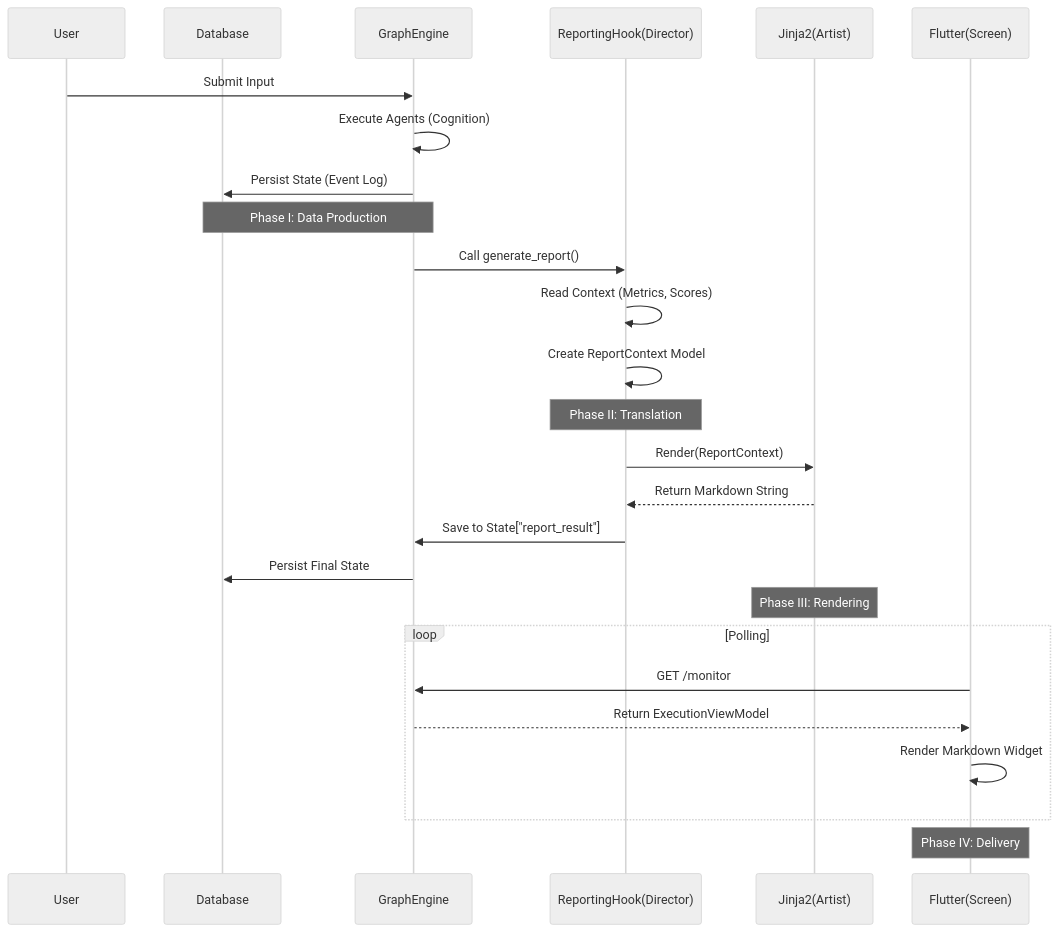
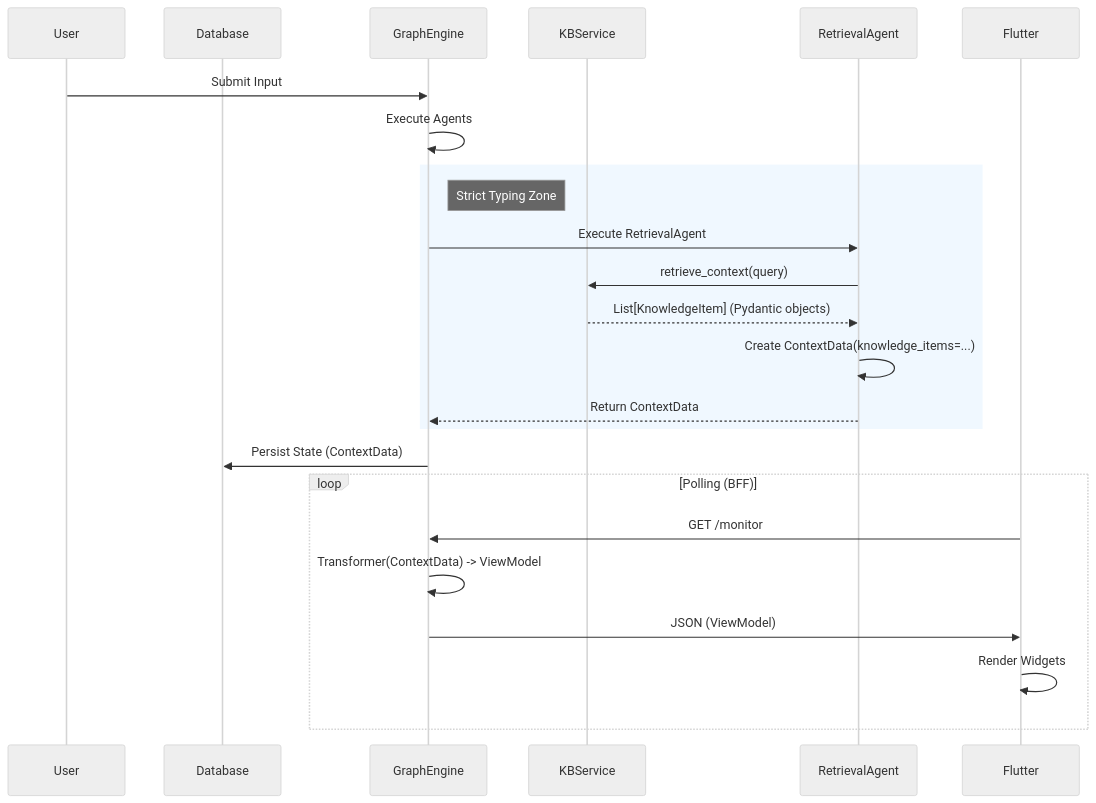
One commit to launis/quorum changed the diagram in docs/output_generation_pipeline.md. Above: the diagram before and after it, drawn with Mermaid (neutral theme). The commit also changed other lines of this file and 446 other files, not shown here.

````diff
--- a/docs/output_generation_pipeline.md
+++ b/docs/output_generation_pipeline.md
@@ -103,36 +134,30 @@
 ```mermaid
 sequenceDiagram
     participant U as User
     participant DB as Database
     participant E as GraphEngine
-    participant H as ReportingHook(Director)
-    participant T as Jinja2(Artist)
-    participant UI as Flutter(Screen)
+    participant S as KBService
+    participant A as RetrievalAgent
+    participant UI as Flutter
 
     U->>E: Submit Input
-    E->>E: Execute Agents (Cognition)
-    E->>DB: Persist State (Event Log)
+    E->>E: Execute Agents
     
-    note over E, DB: Phase I: Data Production
+    rect rgb(240, 248, 255)
+    note right of E: Strict Typing Zone
+    E->>A: Execute RetrievalAgent
+    A->>S: retrieve_context(query)
+    S-->>A: List[KnowledgeItem] (Pydantic objects)
+    A->>A: Create ContextData(knowledge_items=...)
+    A-->>E: Return ContextData
+    end
+
+    E->>DB: Persist State (ContextData)
     
-    E->>H: Call generate_report()
-    H->>H: Read Context (Metrics, Scores)
-    H->>H: Create ReportContext Model
-    
-    note over H: Phase II: Translation
-    
-    H->>T: Render(ReportContext)
-    T-->>H: Return Markdown String
-    H->>E: Save to State["report_result"]
-    E->>DB: Persist Final State
-    
-    note over T: Phase III: Rendering
-    
-    loop Polling
+    loop Polling (BFF)
         UI->>E: GET /monitor
-        E-->>UI: Return ExecutionViewModel
-        UI->>UI: Render Markdown Widget
+        E->>E: Transformer(ContextData) -> ViewModel
+        E->>UI: JSON (ViewModel)
+        UI->>UI: Render Widgets
     end
-    
-    note over UI: Phase IV: Delivery
 ```
````
